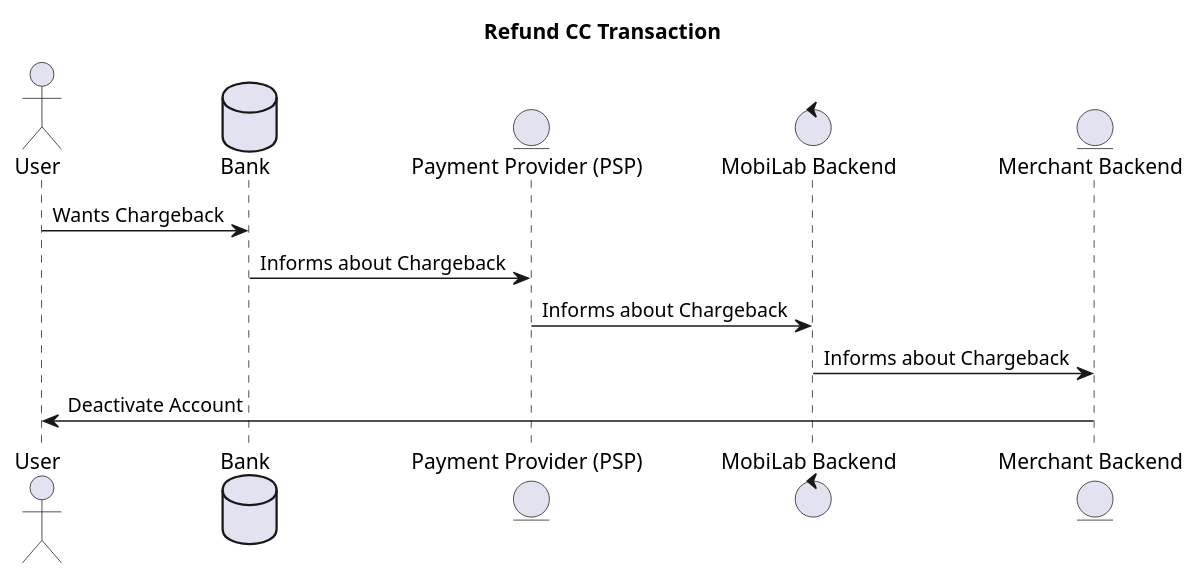
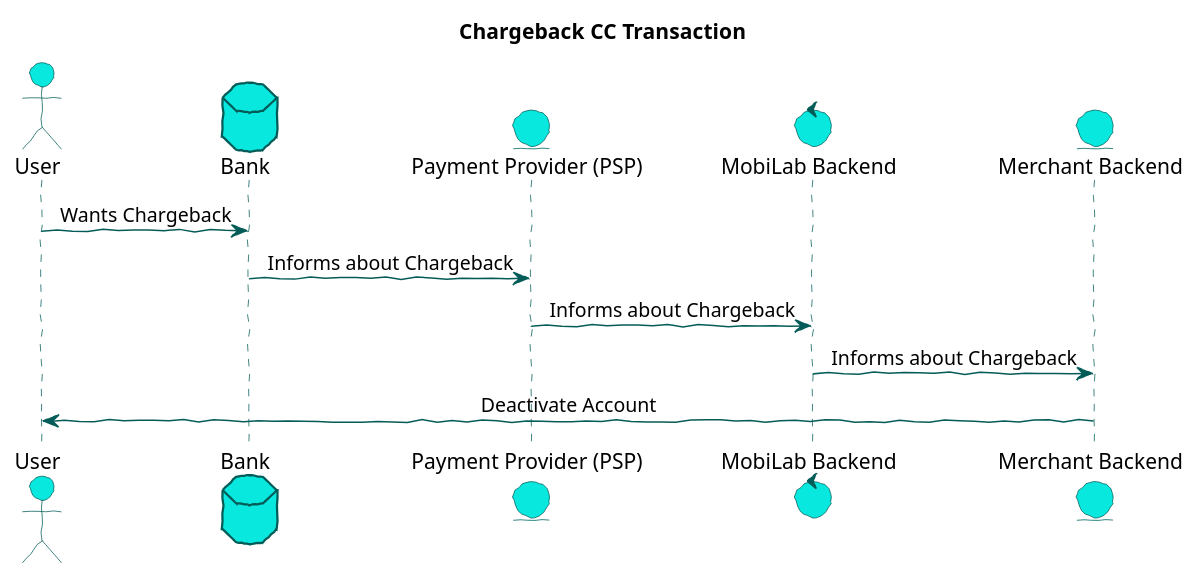
One commit to mobilabsolutions/stash-sdk-wiki changed the diagram in diagrams/chargeback_cc.wsd. Above: the diagram before and after it, drawn with PlantUML. The commit also changed 15 other files, not shown here.

```diff
--- a/diagrams/chargeback_cc.wsd
+++ b/diagrams/chargeback_cc.wsd
@@ -1,17 +1,30 @@
 @startuml
 
-title "Refund CC Transaction"
+skinparam handwritten true
+skinparam ControlBorderColor #035C58
+skinparam ControlBackgroundColor #08E8DE
+skinparam sequenceMessageAlign center
+skinparam EntityBackgroundColor #08E8DE
+skinparam EntityBorderColor #035C58
+skinparam DatabaseBackgroundColor #08E8DE
+skinparam DatabaseBorderColor #035C58
+skinparam ActorBackgroundColor #08E8DE
+skinparam ActorBorderColor #035C58
+skinparam ArrowColor #035C58
+skinparam SequenceLifeLineBorderColor #035C58
+
+title "Chargeback CC Transaction"
 
 actor "User" as User
 database "Bank" as Bank
 entity "Payment Provider (PSP)" as PSP
 control "MobiLab Backend" as MBE
 entity "Merchant Backend" as MEC
 
 User -> Bank: Wants Chargeback
 Bank -> PSP: Informs about Chargeback
 PSP -> MBE: Informs about Chargeback
 MBE -> MEC: Informs about Chargeback
 MEC -> User: Deactivate Account
 
 @enduml
```
